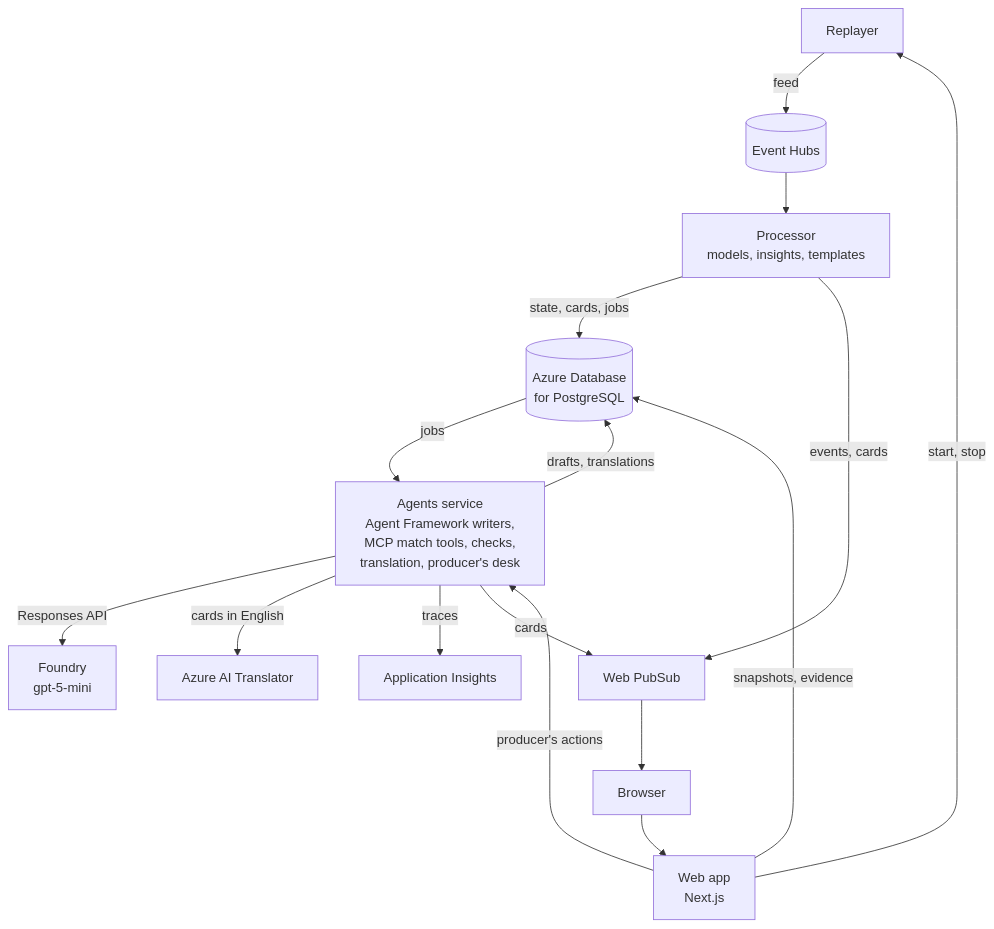
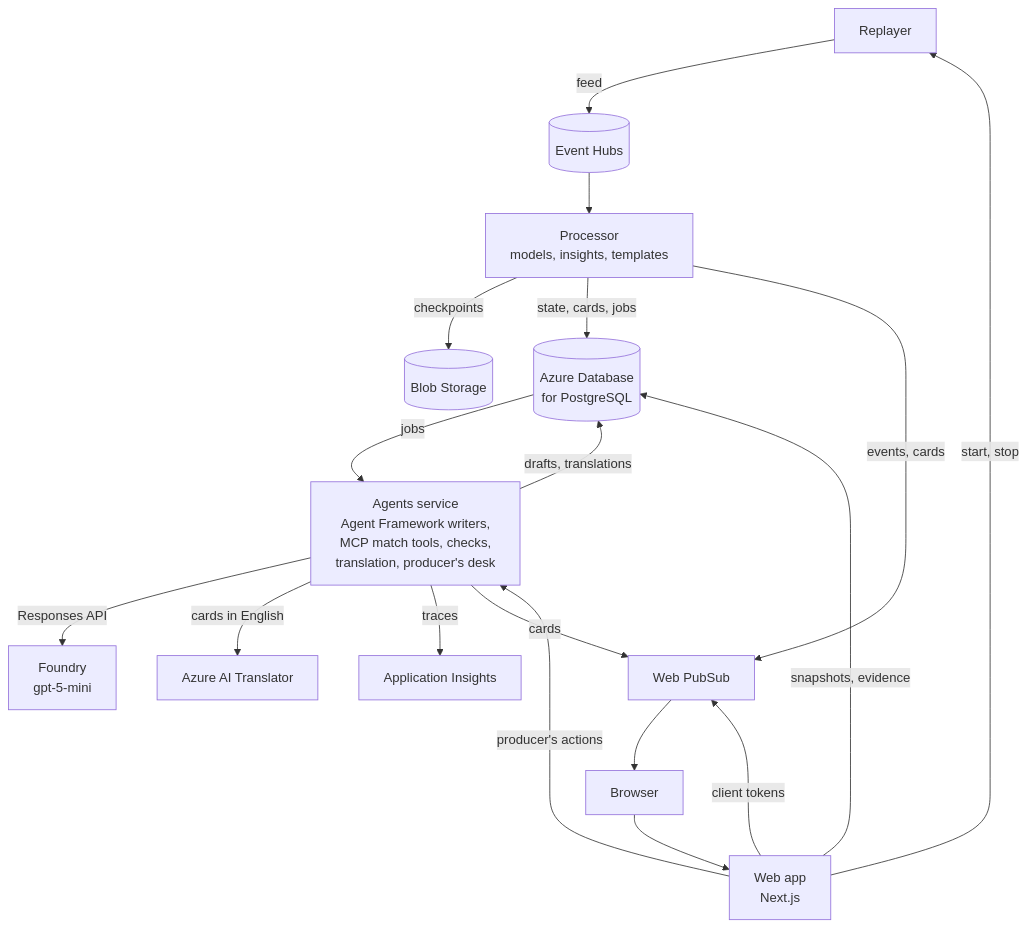
One commit to ces0491/footnote changed the diagram in README.md. Above: the diagram before and after it, drawn with Mermaid. The commit also changed other lines of this file and 8 other files, not shown here.

````diff
--- a/README.md
+++ b/README.md
@@ -66,18 +72,20 @@
 ```mermaid
 flowchart TB
     replayer["Replayer"] -- "feed" --> eh[("Event Hubs")]
     eh --> processor["Processor<br>models, insights, templates"]
+    processor -- "checkpoints" --> blob[("Blob Storage")]
     processor -- "state, cards, jobs" --> pg[("Azure Database<br>for PostgreSQL")]
     pg -- "jobs" --> agents["Agents service<br>Agent Framework writers,<br>MCP match tools, checks,<br>translation, producer's desk"]
     agents -- "drafts, translations" --> pg
     agents -- "Responses API" --> foundry["Foundry<br>gpt-5-mini"]
     agents -- "cards in English" --> translator["Azure AI Translator"]
     agents -- "traces" --> appi["Application Insights"]
     processor -- "events, cards" --> wps["Web PubSub"]
     agents -- "cards" --> wps
     wps --> browser["Browser"]
     browser --> web["Web app<br>Next.js"]
+    web -- "client tokens" --> wps
     web -- "start, stop" --> replayer
     web -- "snapshots, evidence" --> pg
     web -- "producer's actions" --> agents
 ```
````
